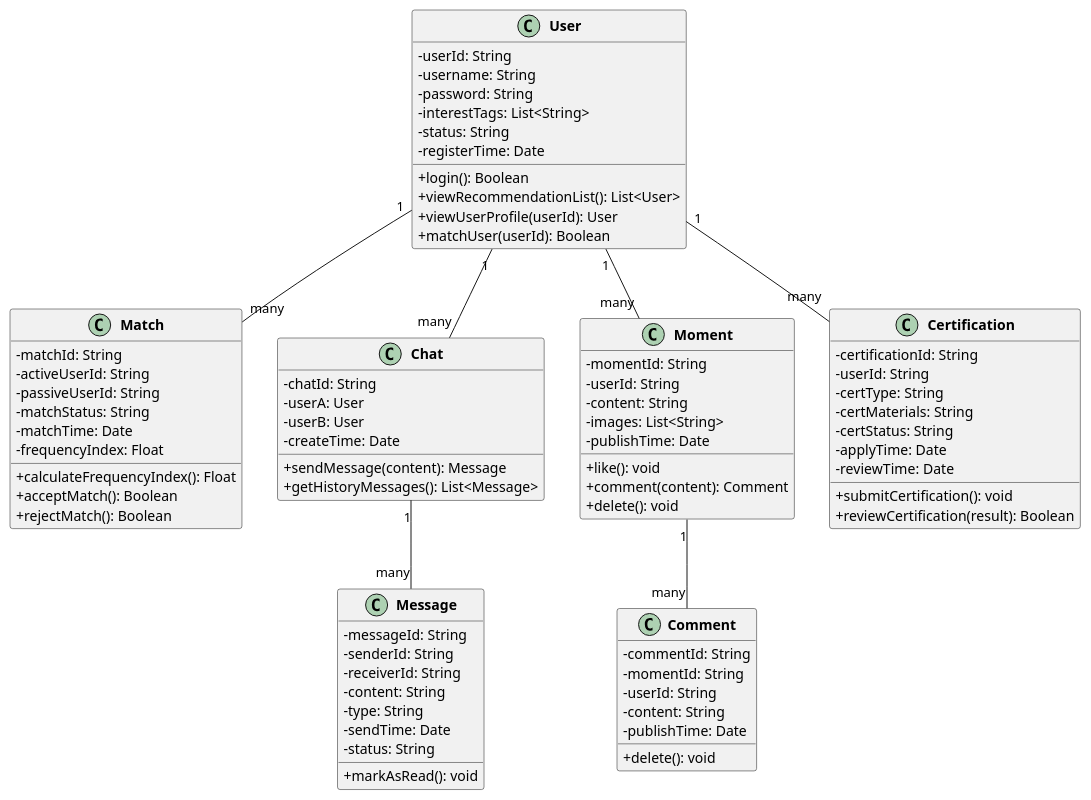
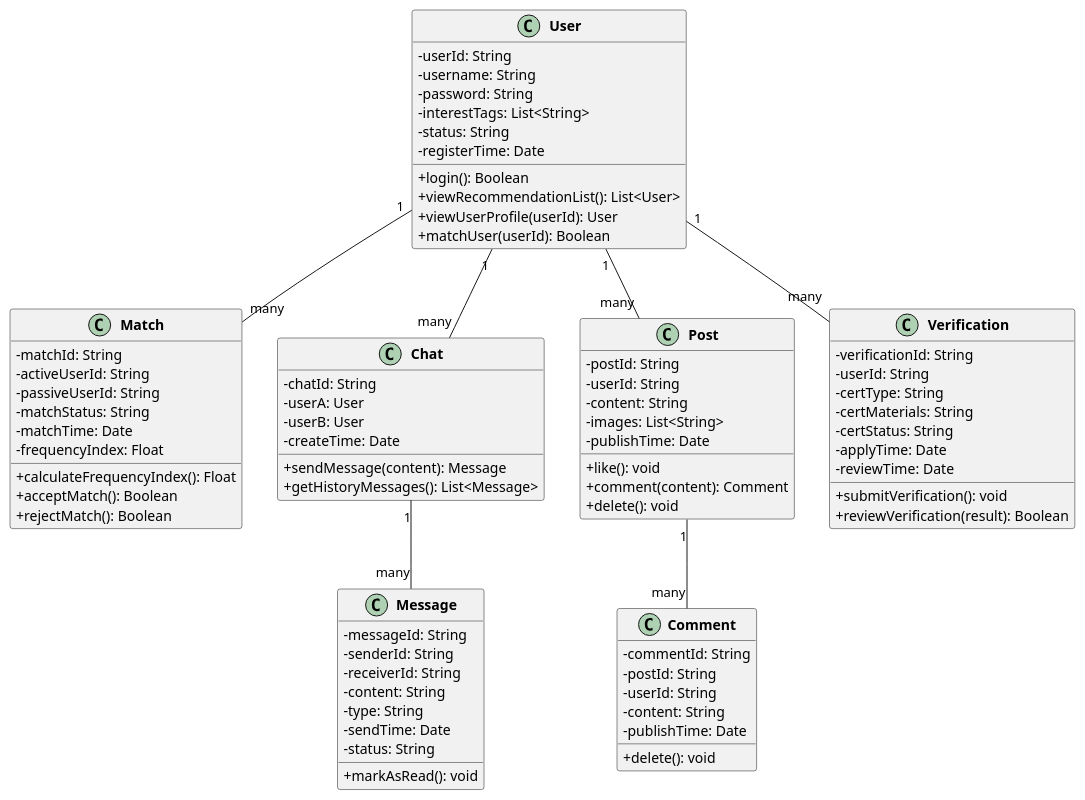
Before and after one commit to ZeroOneCN/Socialmatch: the diagram in Pantuml/BusinessClassDiagram_EN.puml, drawn with PlantUML. The commit also changed 7812 other files, not shown here.

```diff
--- a/Pantuml/BusinessClassDiagram_EN.puml
+++ b/Pantuml/BusinessClassDiagram_EN.puml
@@ -1,92 +1,92 @@
 @startuml "SameFrequency App Business Class Diagram"
 
 ' English Version
 skinparam classAttributeIconSize 0
 skinparam classFontStyle bold
 skinparam classFontSize 14
 
 class User {
   -userId: String
   -username: String
   -password: String
   -interestTags: List<String>
   -status: String
   -registerTime: Date
   +login(): Boolean
   +viewRecommendationList(): List<User>
   +viewUserProfile(userId): User
   +matchUser(userId): Boolean
 }
 
 class Match {
   -matchId: String
   -activeUserId: String
   -passiveUserId: String
   -matchStatus: String
   -matchTime: Date
   -frequencyIndex: Float
   +calculateFrequencyIndex(): Float
   +acceptMatch(): Boolean
   +rejectMatch(): Boolean
 }
 
 class Chat {
   -chatId: String
   -userA: User
   -userB: User
   -createTime: Date
   +sendMessage(content): Message
   +getHistoryMessages(): List<Message>
 }
 
 class Message {
   -messageId: String
   -senderId: String
   -receiverId: String
   -content: String
   -type: String
   -sendTime: Date
   -status: String
   +markAsRead(): void
 }
 
-class Moment {
-  -momentId: String
+class Post {
+  -postId: String
   -userId: String
   -content: String
   -images: List<String>
   -publishTime: Date
   +like(): void
   +comment(content): Comment
   +delete(): void
 }
 
 class Comment {
   -commentId: String
-  -momentId: String
+  -postId: String
   -userId: String
   -content: String
   -publishTime: Date
   +delete(): void
 }
 
-class Certification {
-  -certificationId: String
+class Verification {
+  -verificationId: String
   -userId: String
   -certType: String
   -certMaterials: String
   -certStatus: String
   -applyTime: Date
   -reviewTime: Date
-  +submitCertification(): void
-  +reviewCertification(result): Boolean
+  +submitVerification(): void
+  +reviewVerification(result): Boolean
 }
 
 User "1" -- "many" Match
 User "1" -- "many" Chat
 Chat "1" -- "many" Message
-User "1" -- "many" Moment
-Moment "1" -- "many" Comment
-User "1" -- "many" Certification
+User "1" -- "many" Post
+Post "1" -- "many" Comment
+User "1" -- "many" Verification
 
 @enduml 
```
